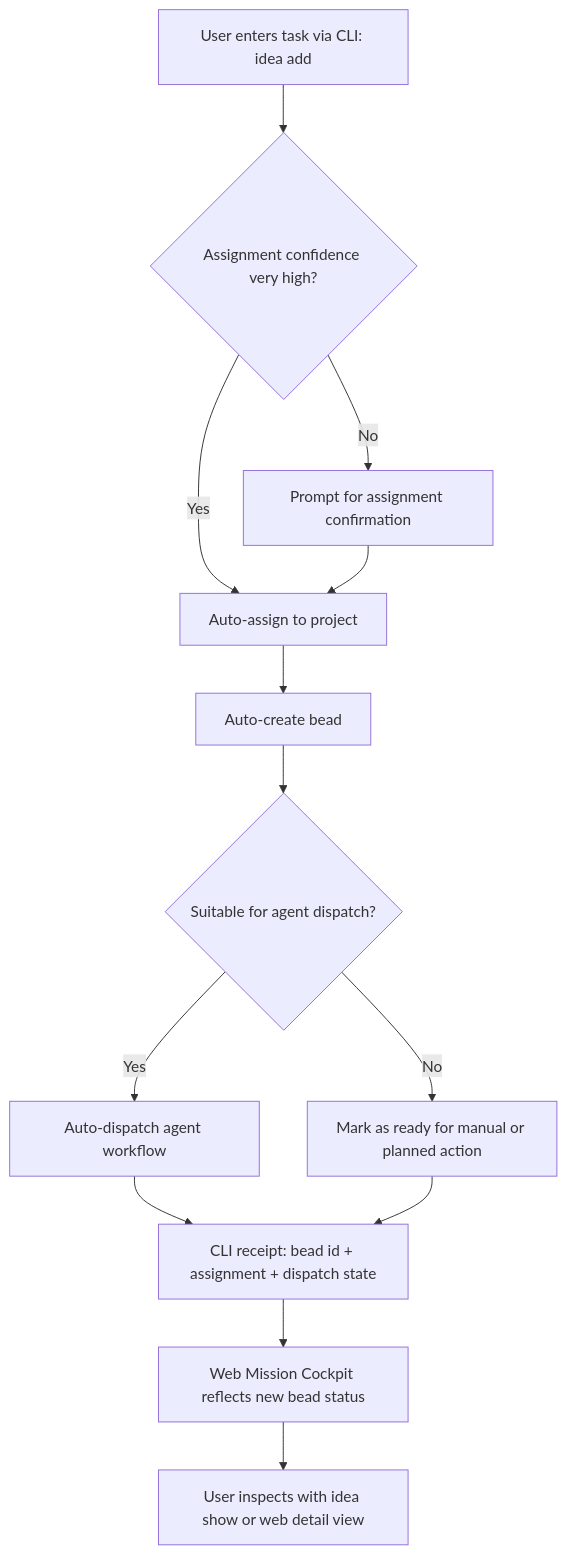
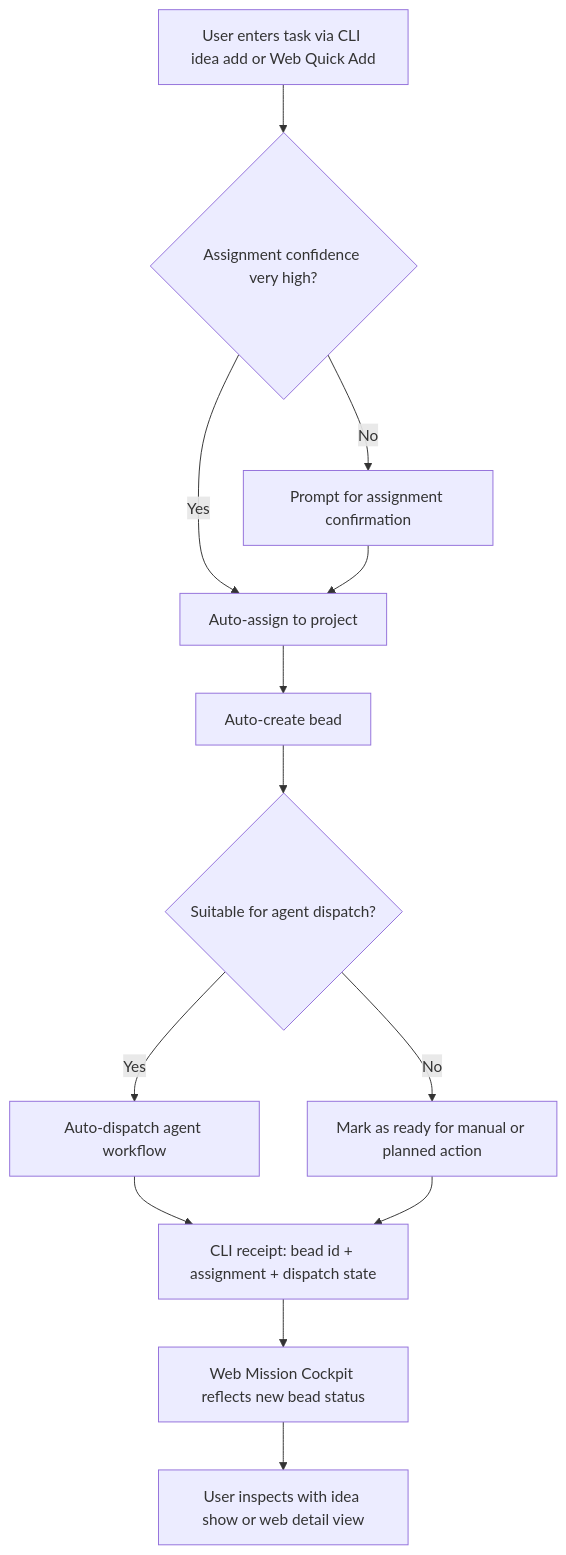
Before and after one commit to richardthombs/ideastream: the first of 4 diagrams in _bmad-output/planning-artifacts/ux-design-specification.md, drawn with Mermaid. The commit also changed other lines of this file, not shown here.

Commit message:
Add web UI to-do creation to UX design specification

````diff
--- a/_bmad-output/planning-artifacts/ux-design-specification.md
+++ b/_bmad-output/planning-artifacts/ux-design-specification.md
@@ -508,15 +510,15 @@
 ```mermaid
 flowchart TD
-  A[User enters task via CLI: idea add] --> B{Assignment confidence very high?}
+  A[User enters task via CLI idea add or Web Quick Add] --> B{Assignment confidence very high?}
   B -- Yes --> C[Auto-assign to project]
   B -- No --> D[Prompt for assignment confirmation]
   D --> C
   C --> E[Auto-create bead]
   E --> F{Suitable for agent dispatch?}
   F -- Yes --> G[Auto-dispatch agent workflow]
   F -- No --> H[Mark as ready for manual or planned action]
   G --> I[CLI receipt: bead id + assignment + dispatch state]
   H --> I
   I --> J[Web Mission Cockpit reflects new bead status]
   J --> K[User inspects with idea show or web detail view]
 ```
````
